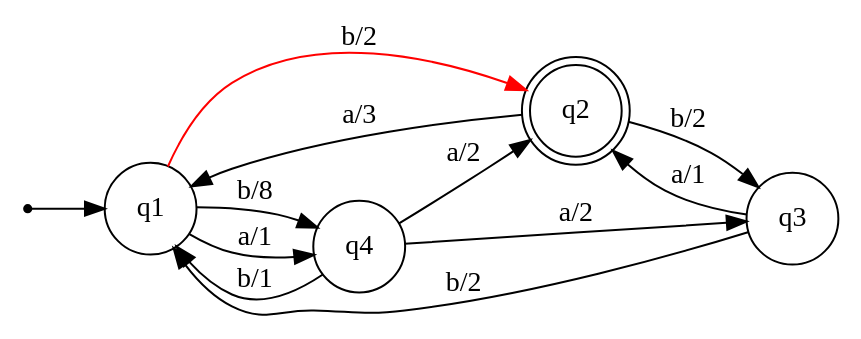
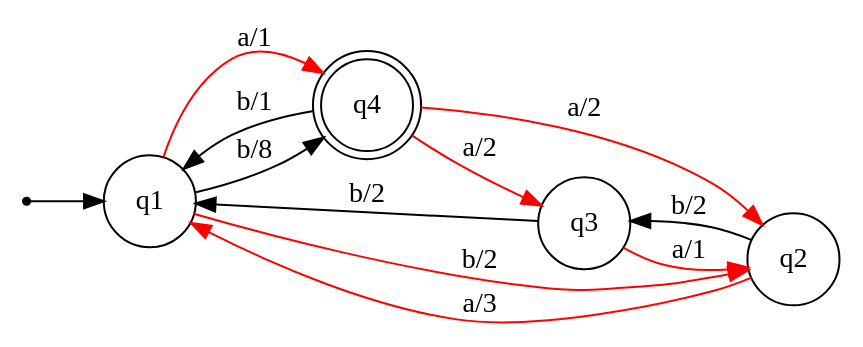
Before and after one commit to zenAndroid/oracle-extract: the diagram in input.dot, drawn with Graphviz. The commit also changed 1 other file, not shown here.

```diff
--- a/input.dot
+++ b/input.dot
@@ -1,17 +1,17 @@
 digraph Automaton {
     node [shape=point] INIT;
-    q2 [shape="doublecircle"];
+    q4 [shape="doublecircle"];
     node [shape=circle];
     rankdir = LR;
     INIT -> q1;
     q1 -> q2 [label="b/2", color=red];
     q1 -> q4 [label="b/8"];
-    q1 -> q4 [label="a/1"];
-    q2 -> q1 [label="a/3"];
+    q1 -> q4 [label="a/1", color=red];
+    q2 -> q1 [label="a/3", color=red];
     q2 -> q3 [label="b/2"];
-    q3 -> q2 [label="a/1"];
+    q3 -> q2 [label="a/1", color=red];
     q3 -> q1 [label="b/2"];
     q4 -> q1 [label="b/1"];
-    q4 -> q3 [label="a/2"];
-    q4 -> q2 [label="a/2"];
+    q4 -> q3 [label="a/2", color=red];
+    q4 -> q2 [label="a/2", color=red];
 }
```
